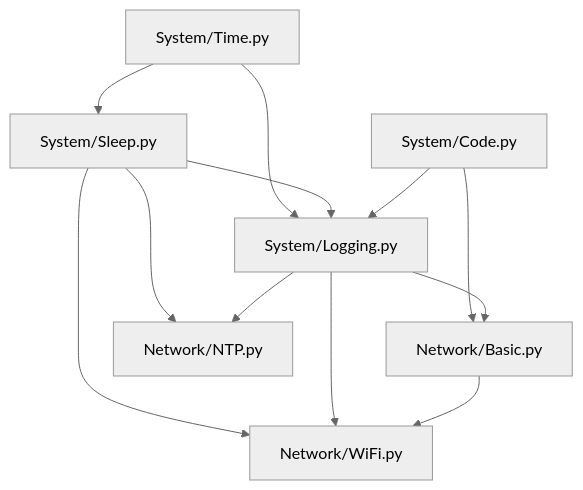
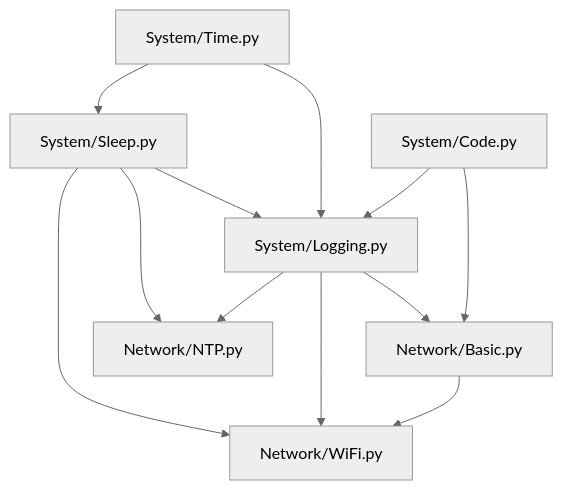
One commit to Chen-HR/MicroPython_ESP32_lib changed the diagram in Readme.md. Above: the diagram before and after it, drawn with Mermaid (neutral theme).

````diff
--- a/Readme.md
+++ b/Readme.md
@@ -74,14 +74,14 @@
 ```mermaid
 graph TD
   A[System/Time.py] --> B[System/Sleep.py]
-  A --> D[System/Logging.py]
-  B --> D
+  B --> D[System/Logging.py]
+  A --> D
   C[System/Code.py] --> D
-  C --> E[Network/Basic.py]
-  D --> E
+  D --> E[Network/Basic.py]
+  C --> E
   B --> F[Network/WiFi.py]
   D --> F
   E --> F
   B --> G[Network/NTP.py]
   D --> G
 ```
````
